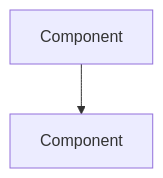
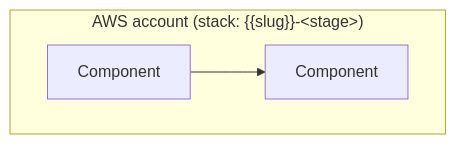
One commit to TareDevarsh/AWS-cloudformation-projects changed the first of 2 diagrams in _template/docs/architecture.md. Above: the diagram before and after it, drawn with Mermaid. The commit also changed other lines of this file and 12 other files, not shown here.

````diff
--- a/_template/docs/architecture.md
+++ b/_template/docs/architecture.md
@@ -7,4 +7,6 @@
 ```mermaid
 flowchart TB
-    A[Component] --> B[Component]
+    subgraph AWS["AWS account (stack: {{slug}}-&lt;stage&gt;)"]
+        A[Component] --> B[Component]
+    end
 ```
````
